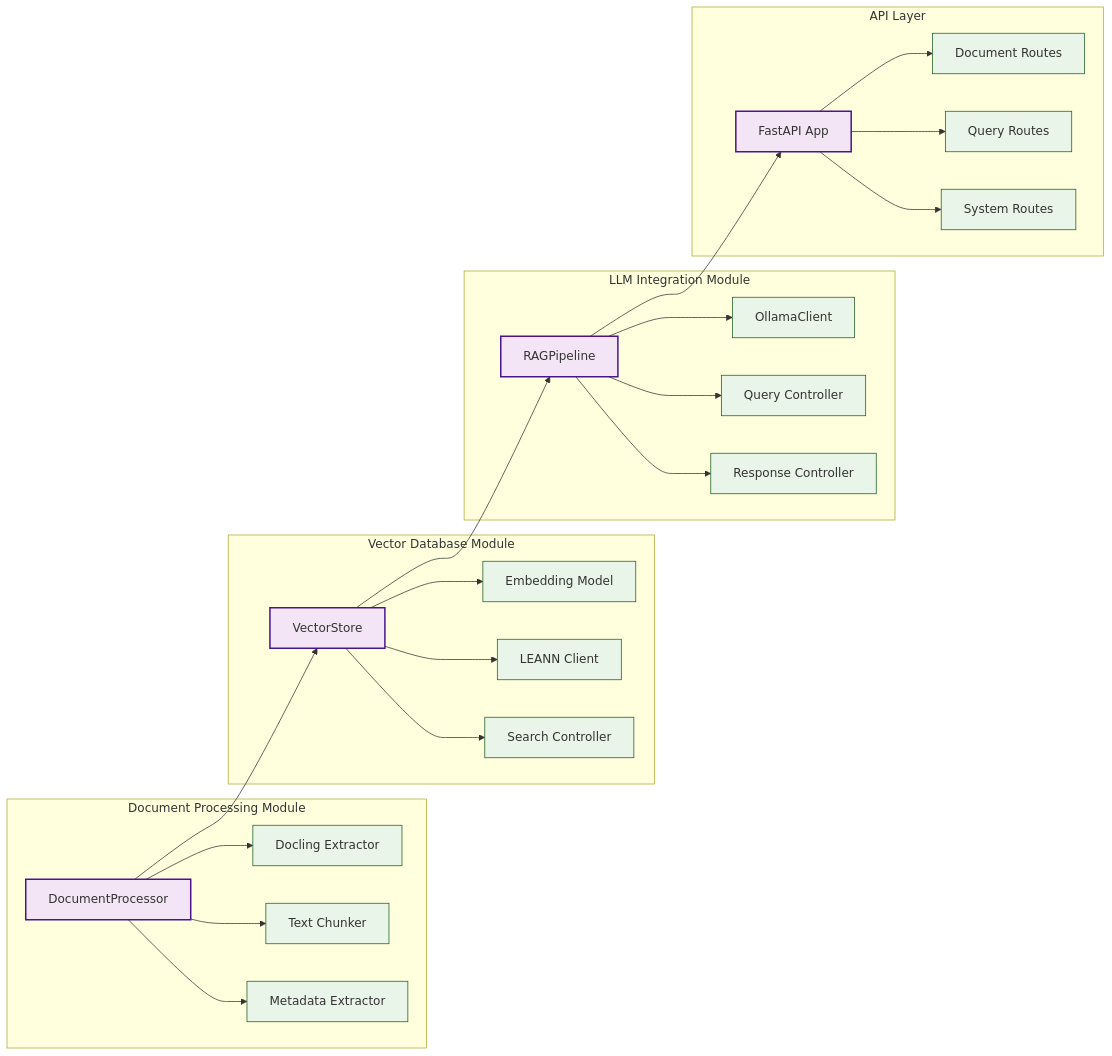
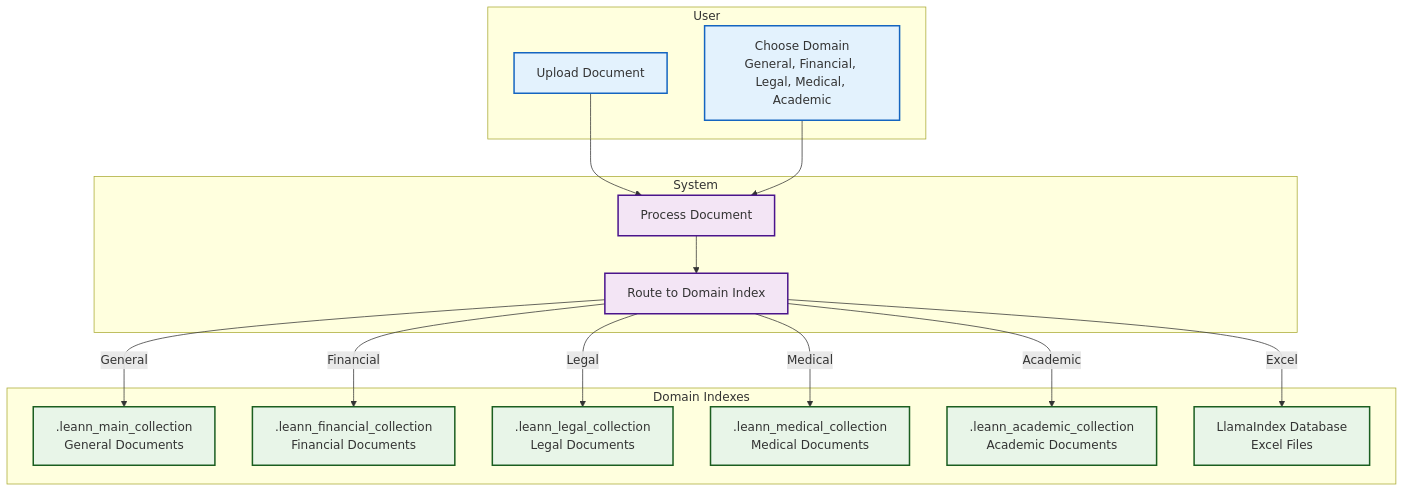
One commit to Mil100057/Myr-Ag-system changed the fourth of 5 diagrams in docs/architecture_diagrams.md. Above: the diagram before and after it, drawn with Mermaid. The commit also changed other lines of this file and 24 other files, not shown here.

````diff
--- a/docs/architecture_diagrams.md
+++ b/docs/architecture_diagrams.md
@@ -188,58 +163,40 @@
 ```mermaid
-graph LR
-    subgraph DocumentModule["Document Processing Module"]
-        DP["DocumentProcessor"]
-        DE["Docling Extractor"]
-        TC["Text Chunker"]
-        ME["Metadata Extractor"]
-        
-        DP --> DE
-        DP --> TC
-        DP --> ME
+graph TB
+    subgraph User["User"]
+        UPLOAD["Upload Document"]
+        SELECT["Choose Domain<br/>General, Financial, Legal, Medical, Academic"]
     end
-    
-    subgraph VectorModule["Vector Database Module"]
-        VS["VectorStore"]
-        EM["Embedding Model"]
-        LEANN["LEANN Client"]
-        SC["Search Controller"]
-        
-        VS --> EM
-        VS --> LEANN
-        VS --> SC
+  
+    subgraph System["System"]
+        PROCESS["Process Document"]
+        ROUTE["Route to Domain Index"]
     end
-    
-    subgraph LLMModule["LLM Integration Module"]
-        RP["RAGPipeline"]
-        OC["OllamaClient"]
-        QC["Query Controller"]
-        RC["Response Controller"]
-        
-        RP --> OC
-        RP --> QC
-        RP --> RC
+  
+    subgraph Indexes["Domain Indexes"]
+        GENERAL[".leann_main_collection<br/>General Documents"]
+        FINANCIAL[".leann_financial_collection<br/>Financial Documents"]
+        LEGAL[".leann_legal_collection<br/>Legal Documents"]
+        MEDICAL[".leann_medical_collection<br/>Medical Documents"]
+        ACADEMIC[".leann_academic_collection<br/>Academic Documents"]
+        EXCEL["LlamaIndex Database<br/>Excel Files"]
     end
-    
-    subgraph APILayer["API Layer"]
-        FA["FastAPI App"]
-        DR["Document Routes"]
-        QR["Query Routes"]
-        SR["System Routes"]
-        
-        FA --> DR
-        FA --> QR
-        FA --> SR
-    end
-    
-    %% Connections between modules
-    DP --> VS
-    VS --> RP
-    RP --> FA
-    
-    %% Styling
-    classDef module fill:#f3e5f5,stroke:#4a148c,stroke-width:2px
-    classDef component fill:#e8f5e8,stroke:#1b5e20,stroke-width:1px
-    
-    class DP,VS,RP,FA module
-    class DE,TC,ME,EM,LEANN,SC,OC,QC,RC,DR,QR,SR component
+  
+    UPLOAD --> PROCESS
+    SELECT --> PROCESS
+    PROCESS --> ROUTE
+  
+    ROUTE -->|"General"| GENERAL
+    ROUTE -->|"Financial"| FINANCIAL
+    ROUTE -->|"Legal"| LEGAL
+    ROUTE -->|"Medical"| MEDICAL
+    ROUTE -->|"Academic"| ACADEMIC
+    ROUTE -->|"Excel"| EXCEL
+  
+    classDef user fill:#e3f2fd,stroke:#1565c0,stroke-width:2px
+    classDef system fill:#f3e5f5,stroke:#4a148c,stroke-width:2px
+    classDef indexes fill:#e8f5e8,stroke:#1b5e20,stroke-width:2px
+  
+    class UPLOAD,SELECT user
+    class PROCESS,ROUTE system
+    class GENERAL,FINANCIAL,LEGAL,MEDICAL,ACADEMIC,EXCEL indexes
 ```
````
